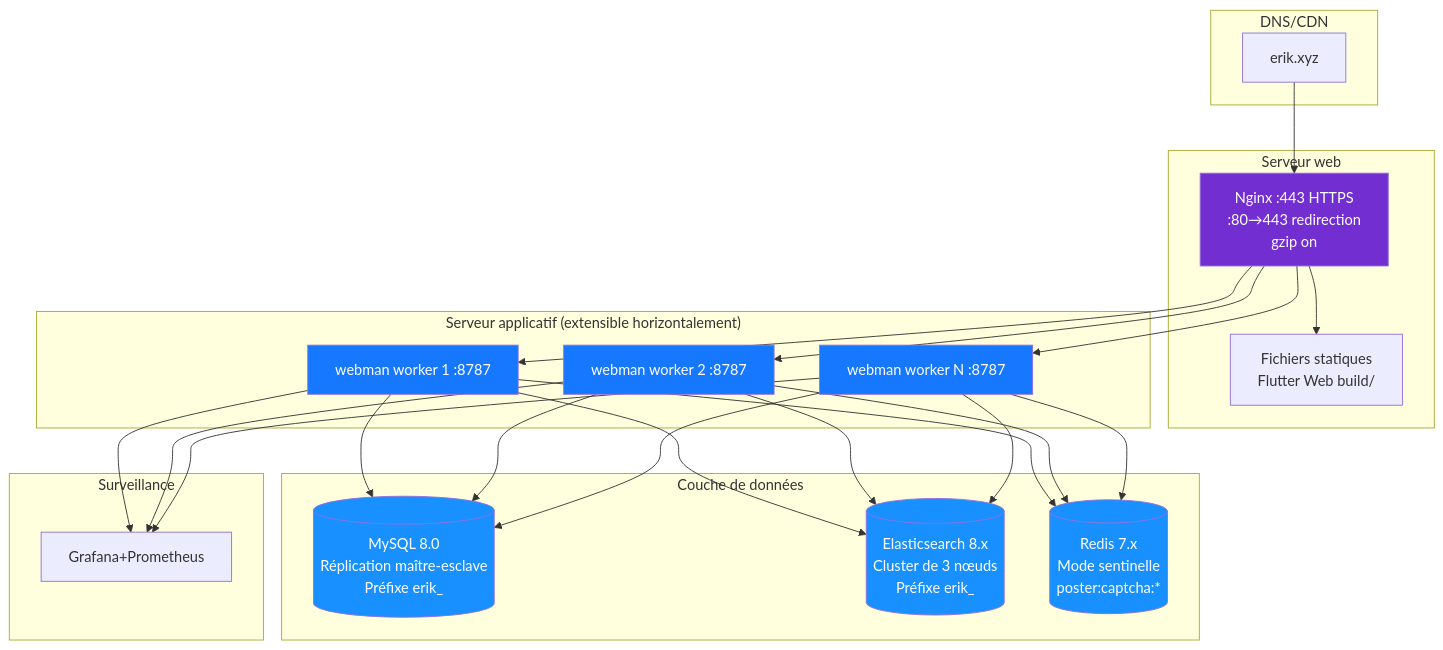
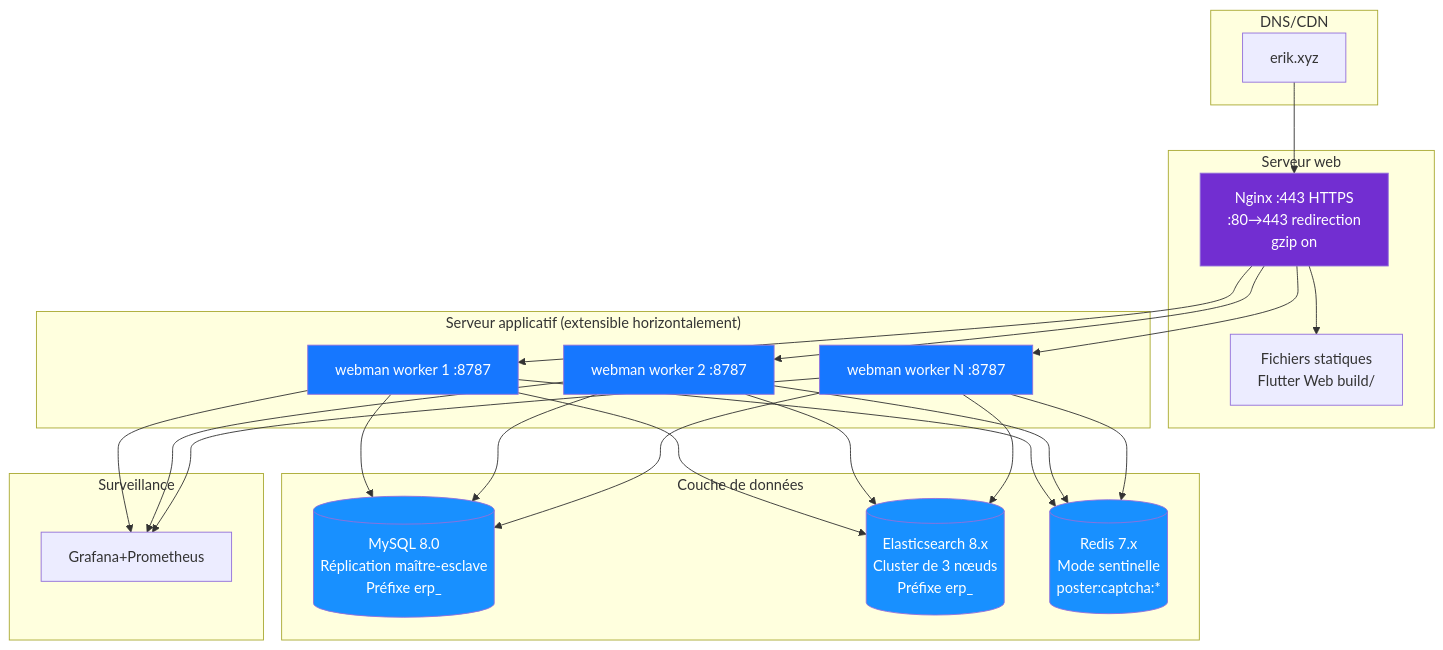
One commit to erikwang2013/erp-php changed the diagram in docs/i18n/fr/diagrams/12-deployment.md. Above: the diagram before and after it, drawn with Mermaid. The commit also changed 449 other files, not shown here.

First line of the commit message:
全局命名统一：数据库 erp、表前缀 erp_、Redis 前缀 erp:（原 erik_/open_admin）

````diff
--- a/docs/i18n/fr/diagrams/12-deployment.md
+++ b/docs/i18n/fr/diagrams/12-deployment.md
@@ -3,45 +3,45 @@
 ```mermaid
 flowchart TB
     subgraph dns["DNS/CDN"]
         domain["erik.xyz"]
     end
 
     subgraph web["Serveur web"]
         nginx["Nginx :443 HTTPS<br/>:80→443 redirection<br/>gzip on"]
         static["Fichiers statiques<br/>Flutter Web build/"]
     end
 
     subgraph app["Serveur applicatif (extensible horizontalement)"]
         wm1["webman worker 1 :8787"]
         wm2["webman worker 2 :8787"]
         wm3["webman worker N :8787"]
     end
 
     subgraph data["Couche de données"]
-        mysql[("MySQL 8.0<br/>Réplication maître-esclave<br/>Préfixe erik_")]
-        es[("Elasticsearch 8.x<br/>Cluster de 3 nœuds<br/>Préfixe erik_")]
+        mysql[("MySQL 8.0<br/>Réplication maître-esclave<br/>Préfixe erp_")]
+        es[("Elasticsearch 8.x<br/>Cluster de 3 nœuds<br/>Préfixe erp_")]
         redis[("Redis 7.x<br/>Mode sentinelle<br/>poster:captcha:*")]
     end
 
     subgraph monitor["Surveillance"]
         grafana["Grafana+Prometheus"]
     end
 
     domain --> nginx
     nginx --> static
     nginx --> wm1
     nginx --> wm2
     nginx --> wm3
     wm1 & wm2 & wm3 --> mysql
     wm1 & wm2 & wm3 --> es
     wm1 & wm2 & wm3 --> redis
     wm1 & wm2 & wm3 --> grafana
 
     style nginx fill:#722ED1,color:#fff
     style wm1 fill:#1677FF,color:#fff
     style wm2 fill:#1677FF,color:#fff
     style wm3 fill:#1677FF,color:#fff
     style mysql fill:#1890FF,color:#fff
     style es fill:#1890FF,color:#fff
     style redis fill:#1890FF,color:#fff
 ```
````
